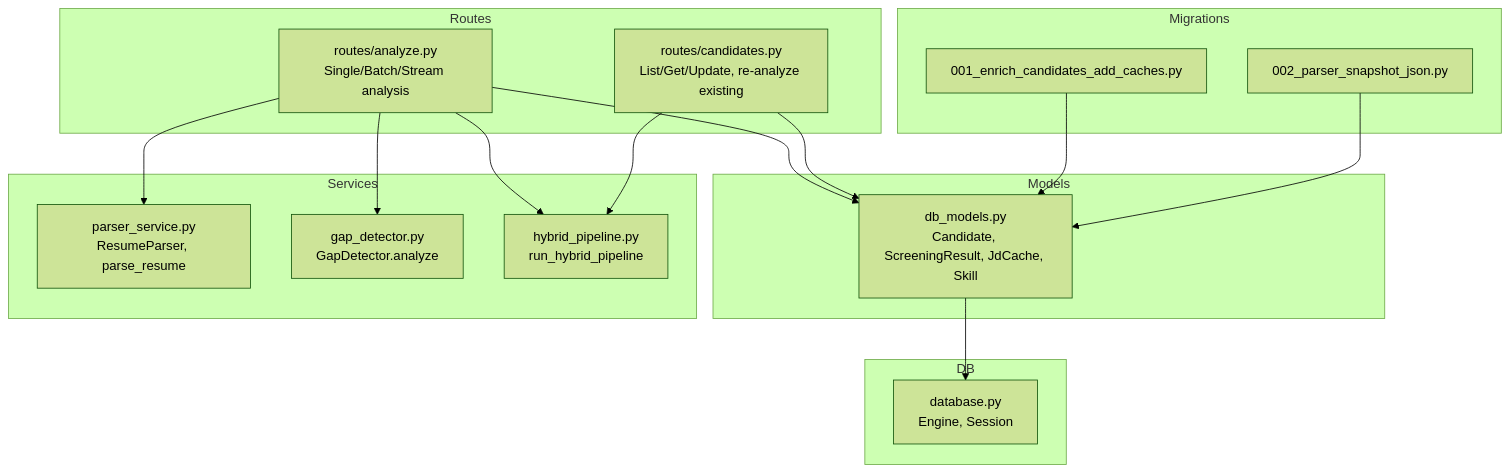
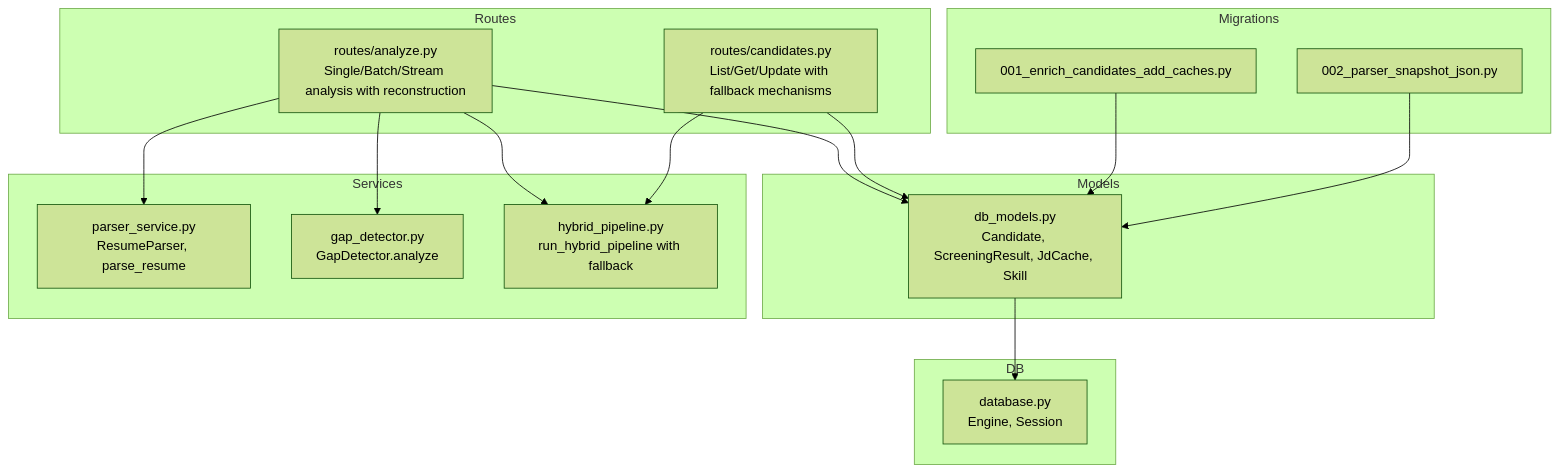
The first of 10 diagrams in .qoder/repowiki/en/content/Candidate Management/Candidate Profile Storage.md (Revanththetalogics/aireume), drawn with Mermaid (forest theme) before and after one commit. The commit also changed other lines of this file and 4 other files, not shown here.

````diff
--- a/.qoder/repowiki/en/content/Candidate Management/Candidate Profile Storage.md
+++ b/.qoder/repowiki/en/content/Candidate Management/Candidate Profile Storage.md
@@ -49,31 +49,31 @@
 ```mermaid
 graph TB
 subgraph "Models"
 A["db_models.py<br/>Candidate, ScreeningResult, JdCache, Skill"]
 end
 subgraph "Routes"
-B["routes/analyze.py<br/>Single/Batch/Stream analysis"]
-C["routes/candidates.py<br/>List/Get/Update, re-analyze existing"]
+B["routes/analyze.py<br/>Single/Batch/Stream analysis with reconstruction"]
+C["routes/candidates.py<br/>List/Get/Update with fallback mechanisms"]
 end
 subgraph "Services"
 D["parser_service.py<br/>ResumeParser, parse_resume"]
 E["gap_detector.py<br/>GapDetector.analyze"]
-F["hybrid_pipeline.py<br/>run_hybrid_pipeline"]
+F["hybrid_pipeline.py<br/>run_hybrid_pipeline with fallback"]
 end
 subgraph "Migrations"
 G["001_enrich_candidates_add_caches.py"]
 H["002_parser_snapshot_json.py"]
 end
 subgraph "DB"
 I["database.py<br/>Engine, Session"]
 end
 B --> D
 B --> E
 B --> F
 B --> A
 C --> A
 C --> F
 A --> I
 G --> A
 H --> A
 ```
````
